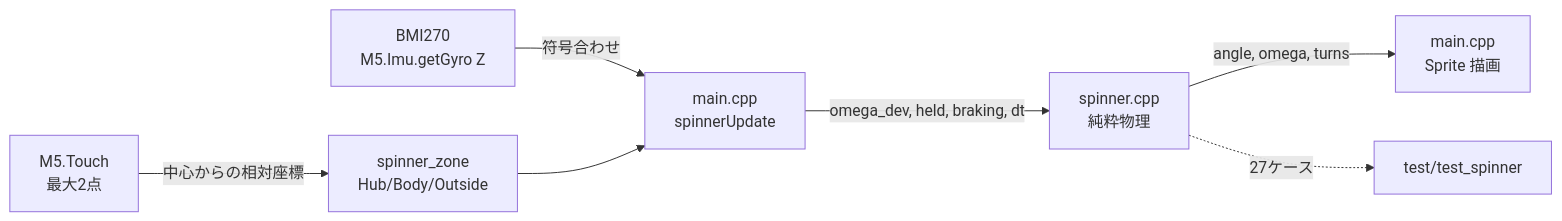
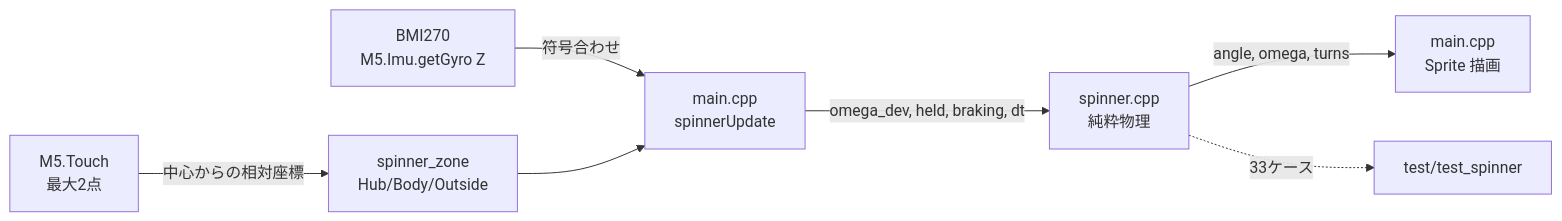
Before and after one commit to bubbleShaker/m5-cores3-lite: the diagram in summary/260816/01-hand-spinner-gyro-scene.md, drawn with Mermaid. The commit also changed other lines of this file and 4 other files, not shown here.

````diff
--- a/summary/260816/01-hand-spinner-gyro-scene.md
+++ b/summary/260816/01-hand-spinner-gyro-scene.md
@@ -24,9 +25,9 @@
 ```mermaid
 flowchart LR
     G[BMI270<br/>M5.Imu.getGyro Z] -->|符号合わせ| M[main.cpp<br/>spinnerUpdate]
     T[M5.Touch<br/>最大2点] -->|中心からの相対座標| Z[spinner_zone<br/>Hub/Body/Outside]
     Z --> M
     M -->|omega_dev, held, braking, dt| L[spinner.cpp<br/>純粋物理]
     L -->|angle, omega, turns| D[main.cpp<br/>Sprite 描画]
-    L -.27ケース.-> TE[test/test_spinner]
+    L -.33ケース.-> TE[test/test_spinner]
 ```
````
